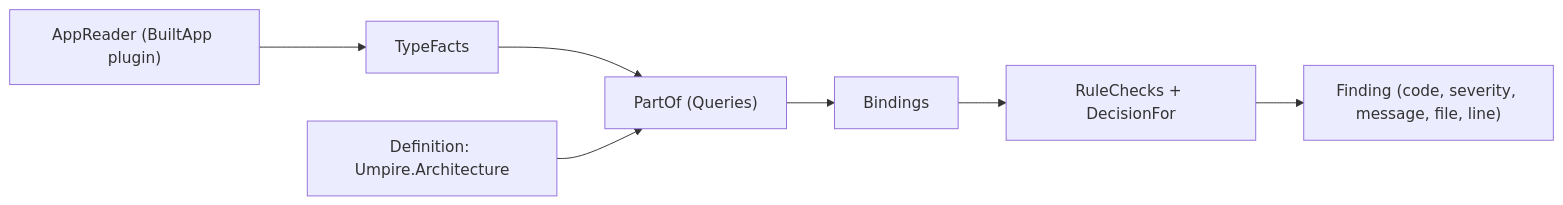
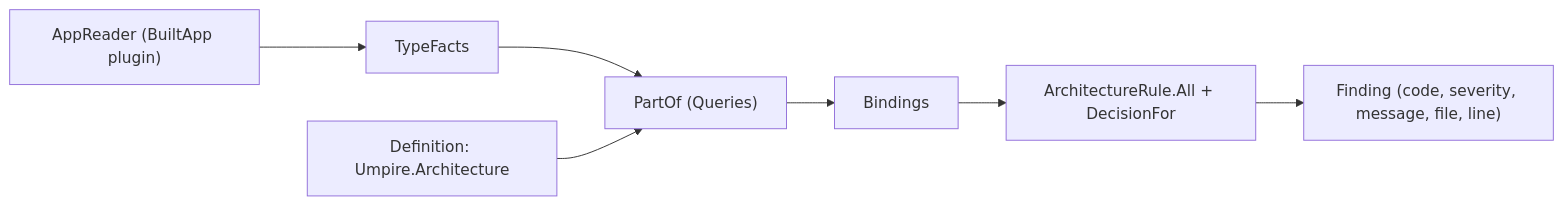
The diagram in docs/architecture-engine.md (MgCohen/vsa-template), drawn with Mermaid before and after one commit. The commit also changed other lines of this file and 44 other files, not shown here.

First line of the commit message:
Make each architecture rule a class on ArchitectureRule

````diff
--- a/docs/architecture-engine.md
+++ b/docs/architecture-engine.md
@@ -5,9 +5,9 @@
 ```mermaid
 flowchart LR
     L["AppReader (BuiltApp plugin)"] --> A["TypeFacts"]
     A --> B["PartOf (Queries)"]
     D[Definition: Umpire.Architecture] --> B
     B --> S[Bindings]
-    S --> C["RuleChecks + DecisionFor"]
+    S --> C["ArchitectureRule.All + DecisionFor"]
     C --> F["Finding (code, severity, message, file, line)"]
 ```
````
